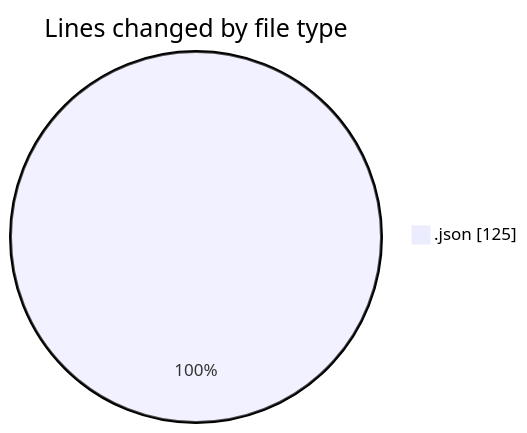
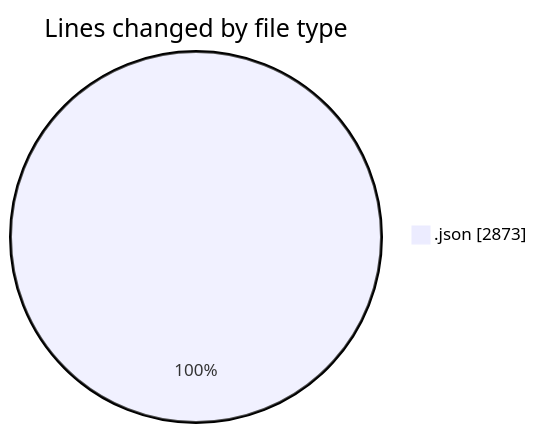
One commit to EIIisD/code-tracking changed the first of 2 diagrams in 2025-08-06/_claude/README.md. Above: the diagram before and after it, drawn with Mermaid. The commit also changed other lines of this file and 1 other file, not shown here.

````diff
--- a/2025-08-06/_claude/README.md
+++ b/2025-08-06/_claude/README.md
@@ -20,5 +21,5 @@
 ```mermaid
 pie showData
 title Lines changed by file type
-".json" : 125
+".json" : 2873
 ```
````
